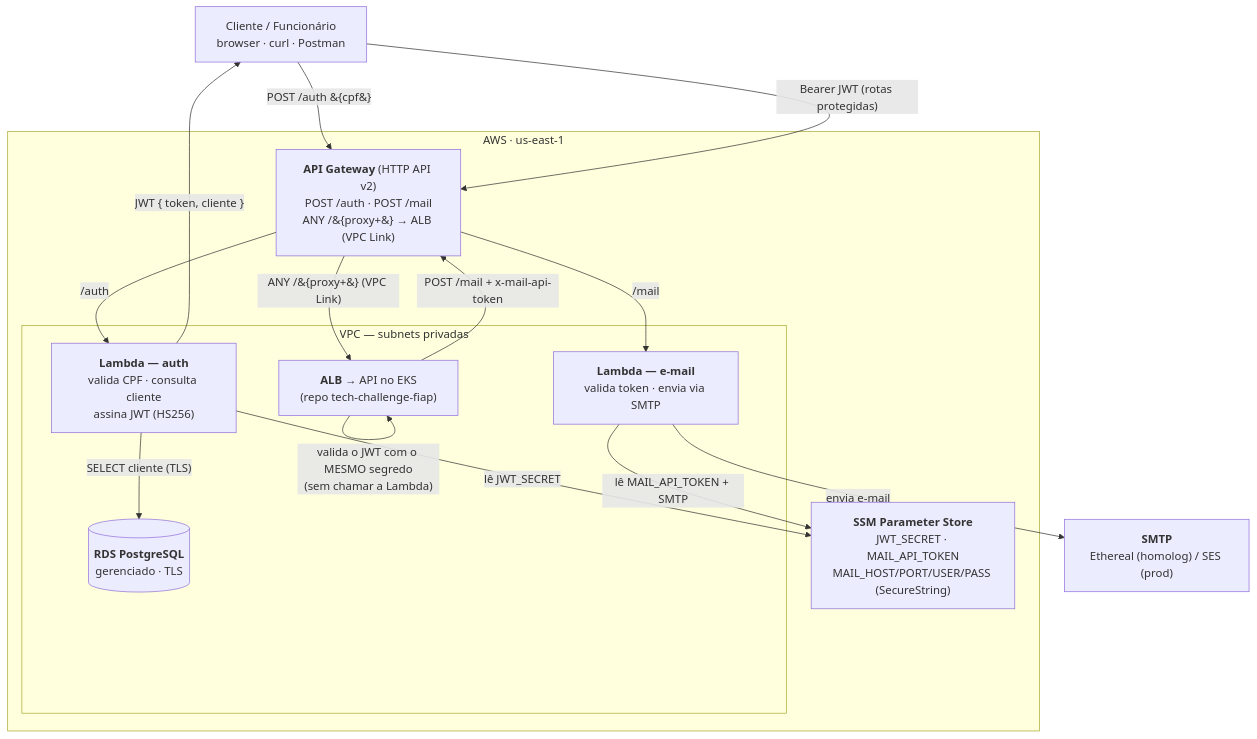
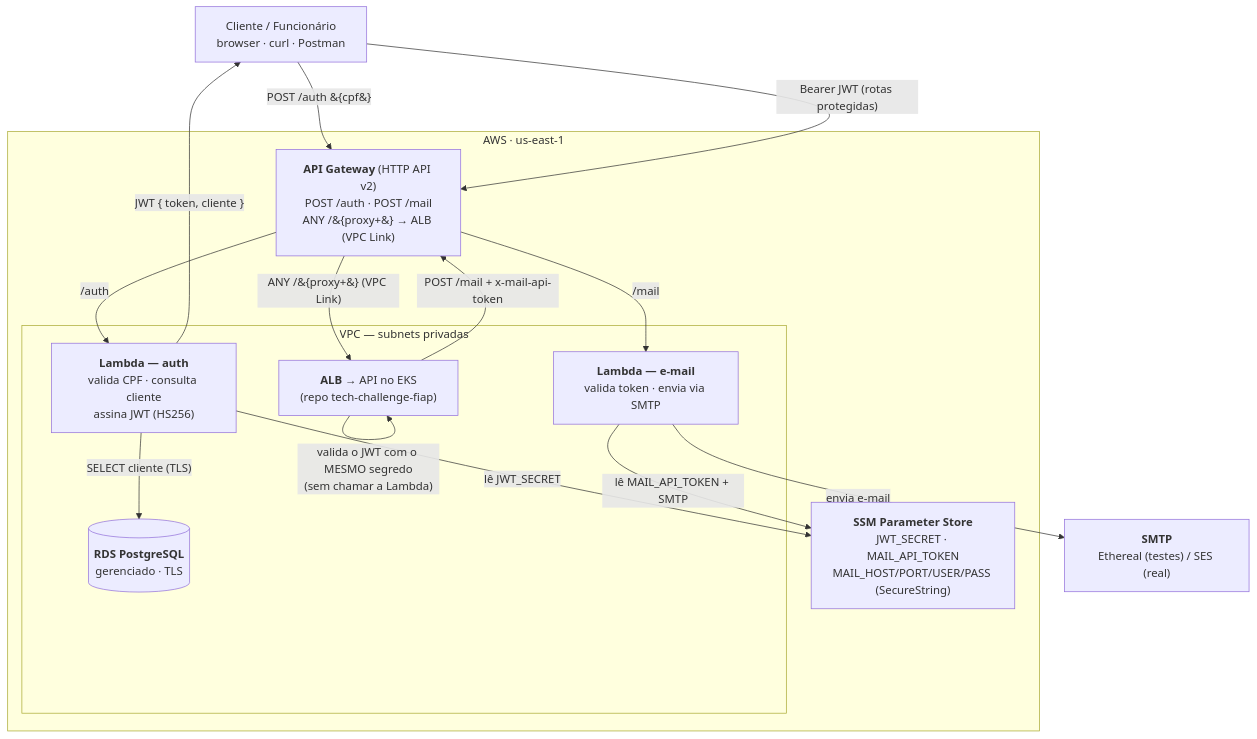
One commit to tiagostorch/tc3-auth-lambda changed the diagram in README.md. Above: the diagram before and after it, drawn with Mermaid. The commit also changed other lines of this file, not shown here.

````diff
--- a/README.md
+++ b/README.md
@@ -16,33 +16,33 @@
 ```mermaid
 graph TB
     Cliente["Cliente / Funcionário<br/>browser · curl · Postman"]
 
     subgraph AWS["AWS · us-east-1"]
         GW["<b>API Gateway</b> (HTTP API v2)<br/>POST /auth · POST /mail<br/>ANY /&#123;proxy+&#125; → ALB (VPC Link)"]
         SSM["<b>SSM Parameter Store</b><br/>JWT_SECRET · MAIL_API_TOKEN<br/>MAIL_HOST/PORT/USER/PASS (SecureString)"]
 
         subgraph VPC["VPC — subnets privadas"]
             Auth["<b>Lambda — auth</b><br/>valida CPF · consulta cliente<br/>assina JWT (HS256)"]
             Mail["<b>Lambda — e-mail</b><br/>valida token · envia via SMTP"]
             ALB["<b>ALB</b> → API no EKS<br/>(repo tech-challenge-fiap)"]
             RDS[("<b>RDS PostgreSQL</b><br/>gerenciado · TLS")]
         end
     end
 
-    SMTP["<b>SMTP</b><br/>Ethereal (homolog) / SES (prod)"]
+    SMTP["<b>SMTP</b><br/>Ethereal (testes) / SES (real)"]
 
     Cliente -->|"POST /auth &#123;cpf&#125;"| GW
     GW -->|"/auth"| Auth
     Auth -->|"SELECT cliente (TLS)"| RDS
     Auth -->|"lê JWT_SECRET"| SSM
     Auth -->|"JWT { token, cliente }"| Cliente
 
     Cliente -->|"Bearer JWT (rotas protegidas)"| GW
     GW -->|"ANY /&#123;proxy+&#125; (VPC Link)"| ALB
     ALB -->|"valida o JWT com o MESMO segredo<br/>(sem chamar a Lambda)"| ALB
 
     ALB -->|"POST /mail + x-mail-api-token"| GW
     GW -->|"/mail"| Mail
     Mail -->|"lê MAIL_API_TOKEN + SMTP"| SSM
     Mail -->|"envia e-mail"| SMTP
 ```
````
